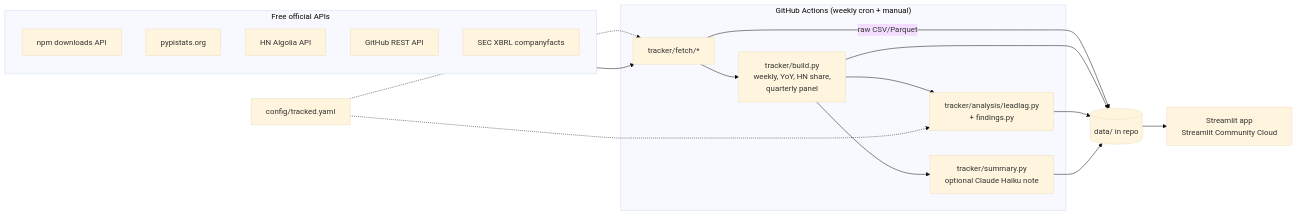
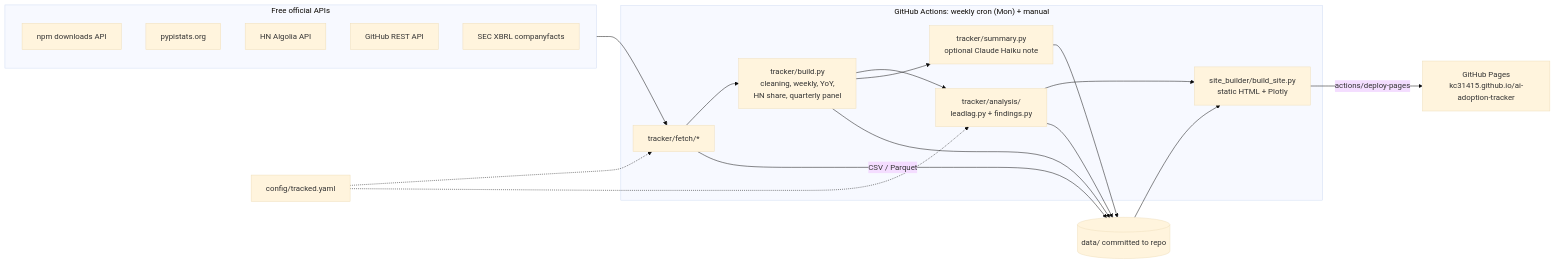
Before and after one commit to kechunwu/ai-adoption-tracker: the diagram in README.md, drawn with Mermaid (base theme). The commit also changed other lines of this file and 1 other file, not shown here.

First line of the commit message:
README for GitHub Pages deployment; methodology: data-quality fixes and post-hoc changes

````diff
--- a/README.md
+++ b/README.md
@@ -53,23 +66,25 @@
 ```mermaid
 flowchart LR
   subgraph Sources["Free official APIs"]
     NPM[npm downloads API]
     PYPI[pypistats.org]
     HN[HN Algolia API]
     GH[GitHub REST API]
     SEC[SEC XBRL companyfacts]
   end
-  subgraph Actions["GitHub Actions (weekly cron + manual)"]
-    F[tracker/fetch/*] --> B[tracker/build.py<br/>weekly, YoY, HN share,<br/>quarterly panel]
-    B --> L[tracker/analysis/leadlag.py<br/>+ findings.py]
+  subgraph Weekly["GitHub Actions: weekly cron (Mon) + manual"]
+    F[tracker/fetch/*] --> B[tracker/build.py<br/>cleaning, weekly, YoY,<br/>HN share, quarterly panel]
+    B --> L[tracker/analysis/<br/>leadlag.py + findings.py]
     B --> S[tracker/summary.py<br/>optional Claude Haiku note]
+    L --> W[site_builder/build_site.py<br/>static HTML + Plotly]
   end
   Sources --> F
-  F -->|raw CSV/Parquet| D[(data/ in repo)]
+  F -->|CSV / Parquet| D[(data/ committed to repo)]
   B --> D
   L --> D
   S --> D
-  D --> APP[Streamlit app<br/>Streamlit Community Cloud]
+  D --> W
+  W -->|actions/deploy-pages| P[GitHub Pages<br/>kc31415.github.io/ai-adoption-tracker]
   CFG[config/tracked.yaml] -.-> F
   CFG -.-> L
 ```
````
